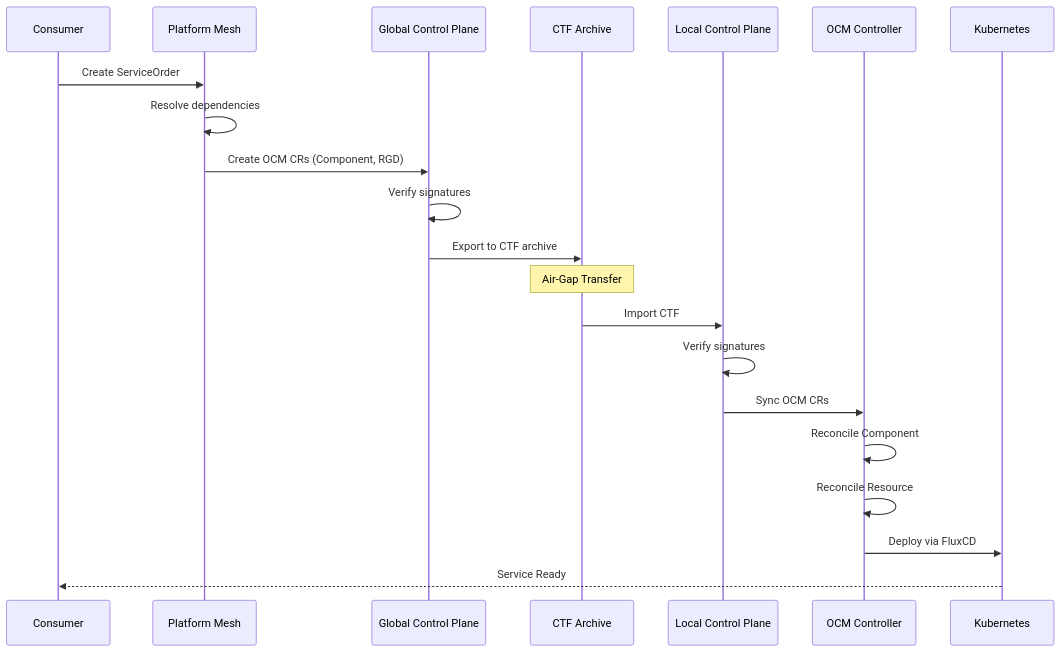
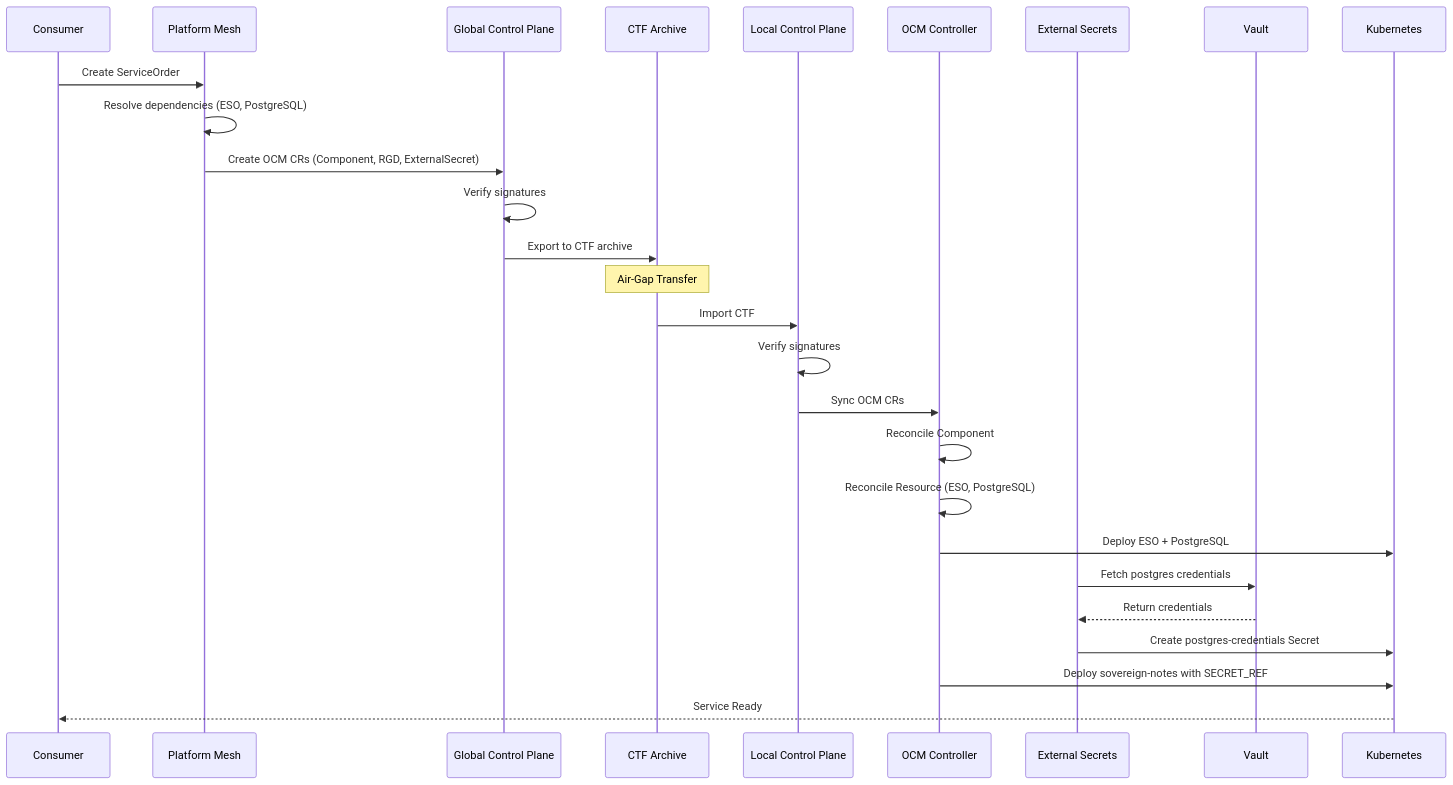
Before and after one commit to open-component-model/open-component-model: diagram 16 of 17 in docs/adr/0013_sovereign_cloud_reference_scenario.md, drawn with Mermaid. The commit also changed other lines of this file, not shown here.

Commit message:
docs: Extend ADR-0013 with External Secrets Operator integration, dependency resolution updates, and secure secret management details

````diff
--- a/docs/adr/0013_sovereign_cloud_reference_scenario.md
+++ b/docs/adr/0013_sovereign_cloud_reference_scenario.md
@@ -3356,26 +3567,32 @@
 ```mermaid
 sequenceDiagram
     participant Consumer
     participant PlatformMesh as Platform Mesh
     participant GlobalMCP as Global Control Plane
     participant CTF as CTF Archive
     participant LocalMCP as Local Control Plane
     participant OCM as OCM Controller
+    participant ESO as External Secrets
+    participant Vault as Vault
     participant K8s as Kubernetes
 
     Consumer->>PlatformMesh: Create ServiceOrder
-    PlatformMesh->>PlatformMesh: Resolve dependencies
-    PlatformMesh->>GlobalMCP: Create OCM CRs (Component, RGD)
+    PlatformMesh->>PlatformMesh: Resolve dependencies (ESO, PostgreSQL)
+    PlatformMesh->>GlobalMCP: Create OCM CRs (Component, RGD, ExternalSecret)
     GlobalMCP->>GlobalMCP: Verify signatures
     GlobalMCP->>CTF: Export to CTF archive
 
     Note over CTF: Air-Gap Transfer
 
     CTF->>LocalMCP: Import CTF
     LocalMCP->>LocalMCP: Verify signatures
     LocalMCP->>OCM: Sync OCM CRs
     OCM->>OCM: Reconcile Component
-    OCM->>OCM: Reconcile Resource
-    OCM->>K8s: Deploy via FluxCD
+    OCM->>OCM: Reconcile Resource (ESO, PostgreSQL)
+    OCM->>K8s: Deploy ESO + PostgreSQL
+    ESO->>Vault: Fetch postgres credentials
+    Vault-->>ESO: Return credentials
+    ESO->>K8s: Create postgres-credentials Secret
+    OCM->>K8s: Deploy sovereign-notes with SECRET_REF
     K8s-->>Consumer: Service Ready
 ```
````
